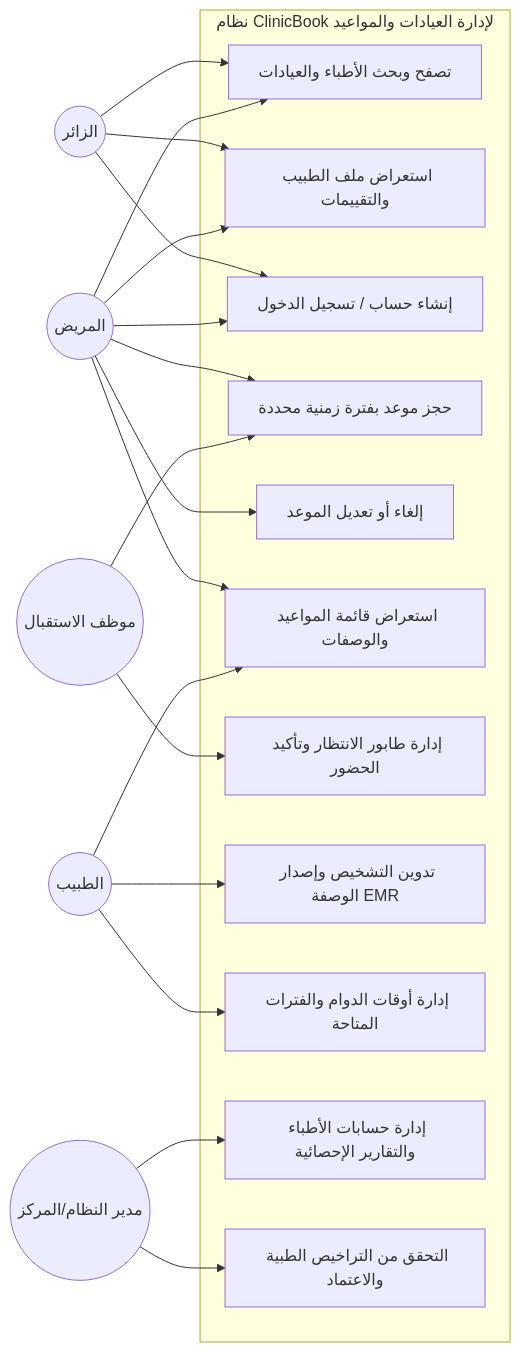
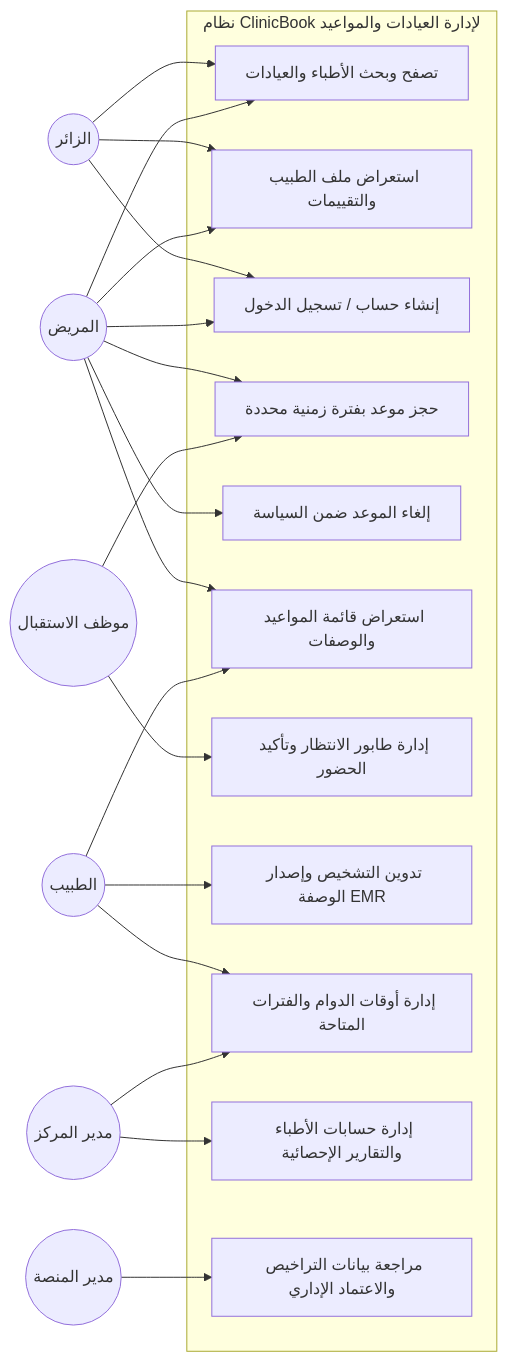
Before and after one commit to amrolela100-sketch/clinicbook: the first of 5 diagrams in docs/ACADEMIC_REPORT.md, drawn with Mermaid. The commit also changed other lines of this file and 12 other files, not shown here.

````diff
--- a/docs/ACADEMIC_REPORT.md
+++ b/docs/ACADEMIC_REPORT.md
@@ -155,43 +183,45 @@
 ```mermaid
 flowchart LR
     Guest((الزائر))
     Patient((المريض))
     Doctor((الطبيب))
     Receptionist((موظف الاستقبال))
-    Admin((مدير النظام/المركز))
+    Owner((مدير المركز))
+    PlatformAdmin((مدير المنصة))
 
     subgraph ClinicBook_System ["نظام ClinicBook لإدارة العيادات والمواعيد"]
         UC1[تصفح وبحث الأطباء والعيادات]
         UC2[استعراض ملف الطبيب والتقييمات]
         UC3[إنشاء حساب / تسجيل الدخول]
         UC4[حجز موعد بفترة زمنية محددة]
-        UC5[إلغاء أو تعديل الموعد]
+        UC5[إلغاء الموعد ضمن السياسة]
         UC6[استعراض قائمة المواعيد والوصفات]
         UC7[إدارة طابور الانتظار وتأكيد الحضور]
         UC8[تدوين التشخيص وإصدار الوصفة EMR]
         UC9[إدارة أوقات الدوام والفترات المتاحة]
         UC10[إدارة حسابات الأطباء والتقارير الإحصائية]
-        UC11[التحقق من التراخيص الطبية والاعتماد]
+        UC11[مراجعة بيانات التراخيص والاعتماد الإداري]
     end
 
     Guest --> UC1
     Guest --> UC2
     Guest --> UC3
 
     Patient --> UC1
     Patient --> UC2
     Patient --> UC3
     Patient --> UC4
     Patient --> UC5
     Patient --> UC6
 
     Receptionist --> UC7
     Receptionist --> UC4
 
     Doctor --> UC8
     Doctor --> UC9
     Doctor --> UC6
 
-    Admin --> UC10
-    Admin --> UC11
+    Owner --> UC10
+    Owner --> UC9
+    PlatformAdmin --> UC11
 ```
````
